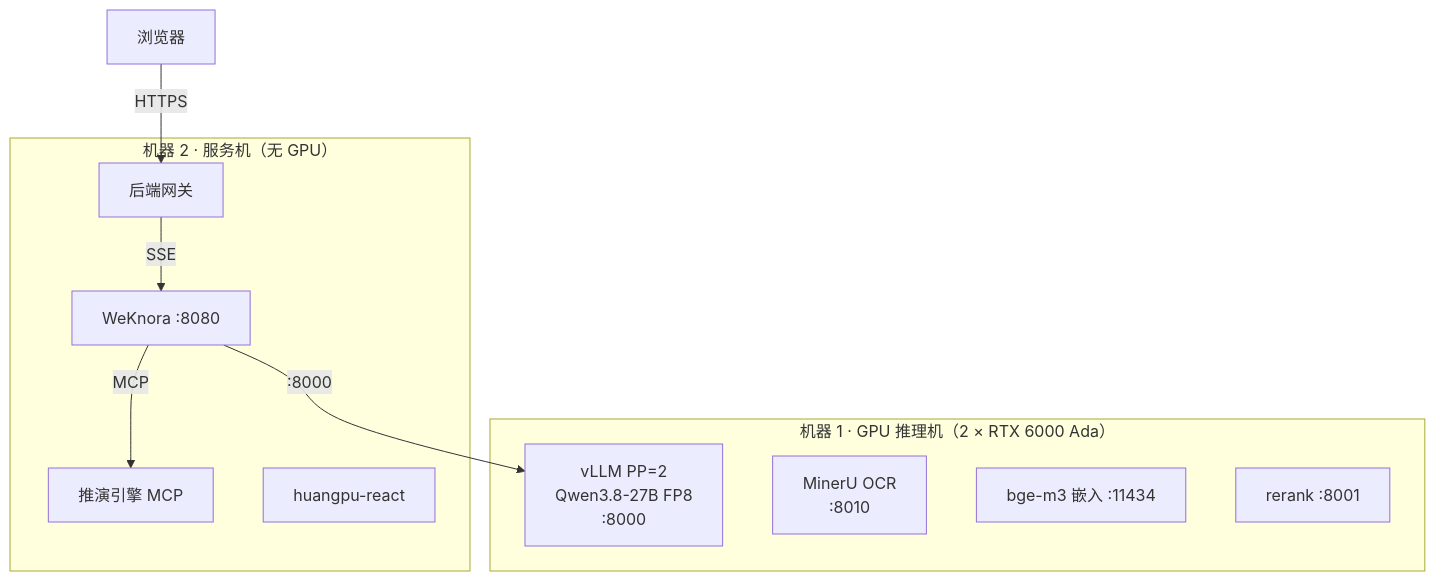
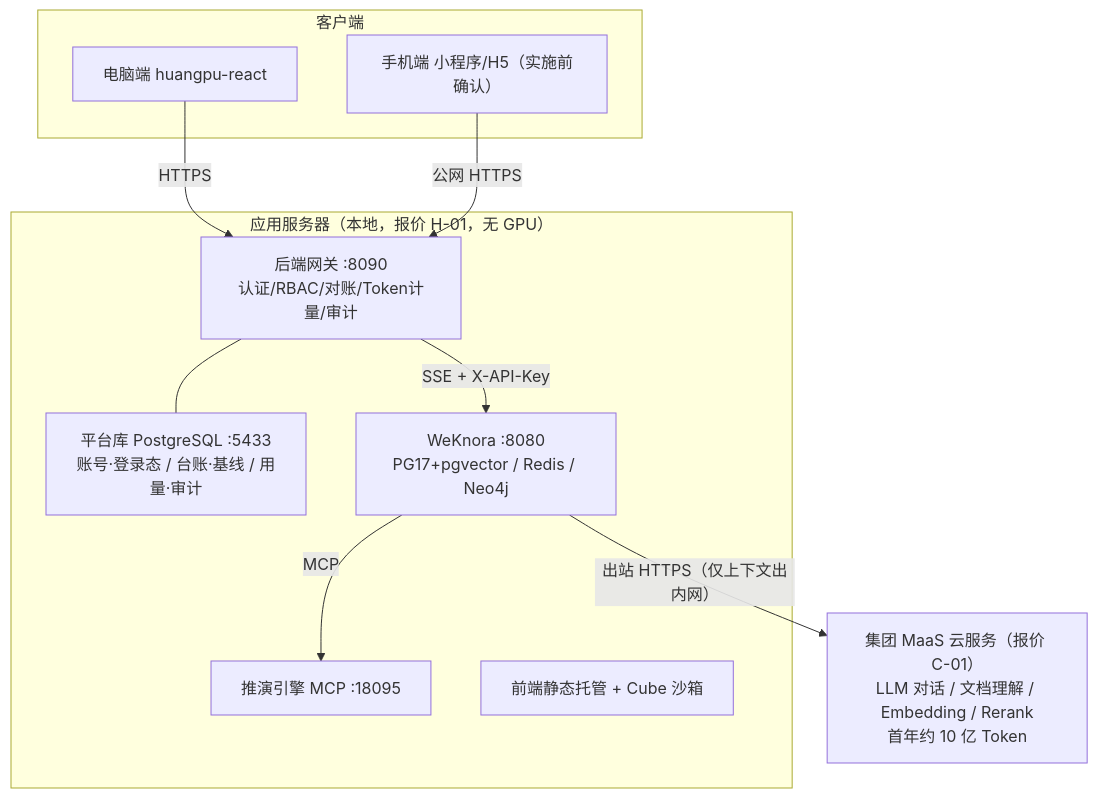
Before and after one commit to Clearlove7Zz/huangpu: the first of 2 diagrams in docs/PRD-黄埔城更RAG利润智能系统-v1.md, drawn with Mermaid. The commit also changed other lines of this file and 10 other files, not shown here.

````diff
--- a/docs/PRD-黄埔城更RAG利润智能系统-v1.md
+++ b/docs/PRD-黄埔城更RAG利润智能系统-v1.md
@@ -376,19 +435,21 @@
 ```mermaid
 graph TB
-    subgraph M1["机器 1 · GPU 推理机（2 × RTX 6000 Ada）"]
-        VLLM["vLLM PP=2<br/>Qwen3.8-27B FP8<br/>:8000"]
-        MINERU["MinerU OCR<br/>:8010"]
-        BGE["bge-m3 嵌入 :11434"]
-        RERANK["rerank :8001"]
+    subgraph Client["客户端"]
+        WEB["电脑端 huangpu-react"]
+        MOB["手机端 小程序/H5（实施前确认）"]
     end
-    subgraph M2["机器 2 · 服务机（无 GPU）"]
-        WK["WeKnora :8080"]
-        ENGINE["推演引擎 MCP"]
-        GATEWAY["后端网关"]
-        PORTAL["huangpu-react"]
+    subgraph SRV["应用服务器（本地，报价 H-01，无 GPU）"]
+        GATEWAY["后端网关 :8090<br/>认证/RBAC/对账/Token计量/审计"]
+        PLATDB["平台库 PostgreSQL :5433<br/>账号·登录态 / 台账·基线 / 用量·审计"]
+        WK["WeKnora :8080<br/>PG17+pgvector / Redis / Neo4j"]
+        ENGINE["推演引擎 MCP :18095"]
+        PORTAL["前端静态托管 + Cube 沙箱"]
     end
-    Portal["浏览器"] -->|"HTTPS"| GATEWAY
-    GATEWAY -->|"SSE"| WK
-    WK -->|":8000"| VLLM
+    MAAS["集团 MaaS 云服务（报价 C-01）<br/>LLM 对话 / 文档理解 / Embedding / Rerank<br/>首年约 10 亿 Token"]
+    WEB -->|"HTTPS"| GATEWAY
+    MOB -->|"公网 HTTPS"| GATEWAY
+    GATEWAY -->|"SSE + X-API-Key"| WK
+    GATEWAY --- PLATDB
     WK -->|"MCP"| ENGINE
+    WK -->|"出站 HTTPS（仅上下文出内网）"| MAAS
 ```
````
